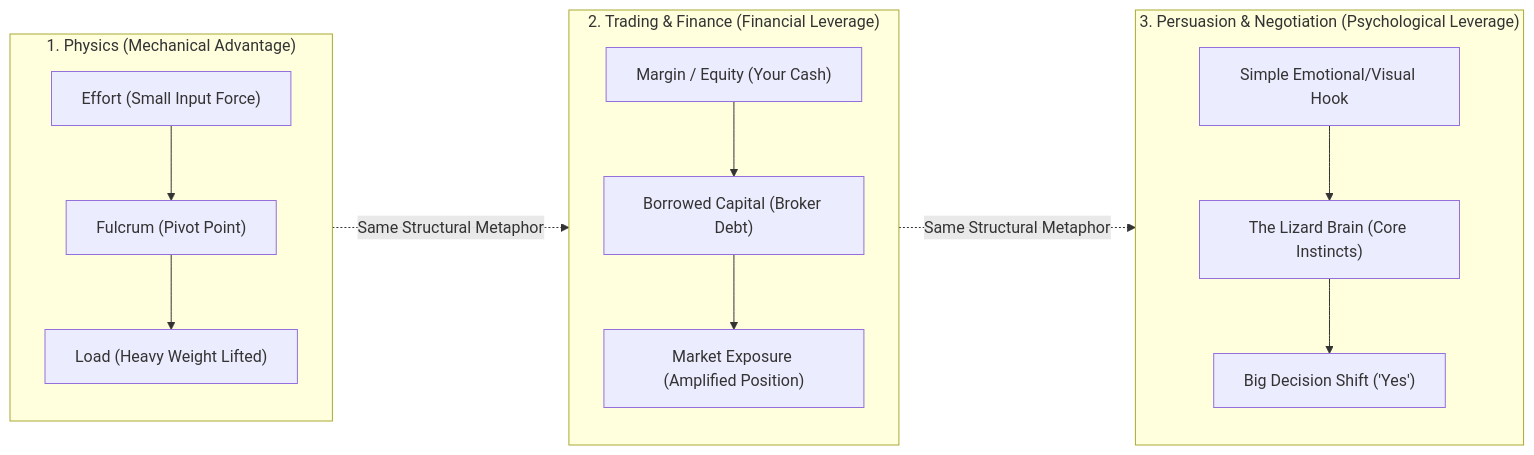
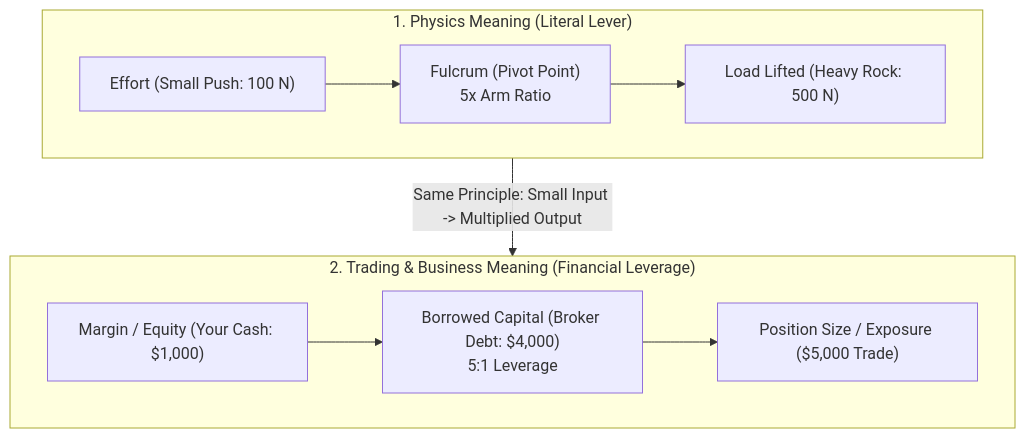
One commit to log210788/lizardbrain changed the second of 2 diagrams in README.md. Above: the diagram before and after it, drawn with Mermaid. The commit also changed other lines of this file and 1 other file, not shown here.

Commit message:
Expand notes on selling an idea to the Lizard Brain and separate leverage vocab spotlight

````diff
--- a/README.md
+++ b/README.md
@@ -30,20 +79,14 @@
 ```mermaid
-flowchart LR
-    subgraph Physics["1. Physics (Mechanical Advantage)"]
-        P_In["Effort (Small Input Force)"] --> P_Ful["Fulcrum (Pivot Point)"]
-        P_Ful --> P_Out["Load (Heavy Weight Lifted)"]
+flowchart TD
+    subgraph Physics["1. Physics Meaning (Literal Lever)"]
+        P1["Effort (Small Push: 100 N)"] --> P2["Fulcrum (Pivot Point)\n5x Arm Ratio"]
+        P2 --> P3["Load Lifted (Heavy Rock: 500 N)"]
     end
 
-    subgraph Trading["2. Trading & Finance (Financial Leverage)"]
-        T_In["Margin / Equity (Your Cash)"] --> T_Ful["Borrowed Capital (Broker Debt)"]
-        T_Ful --> T_Out["Market Exposure (Amplified Position)"]
+    subgraph Trading["2. Trading & Business Meaning (Financial Leverage)"]
+        T1["Margin / Equity (Your Cash: $1,000)"] --> T2["Borrowed Capital (Broker Debt: $4,000)\n5:1 Leverage"]
+        T2 --> T3["Position Size / Exposure ($5,000 Trade)"]
     end
 
-    subgraph Persuasion["3. Persuasion & Negotiation (Psychological Leverage)"]
-        L_In["Simple Emotional/Visual Hook"] --> L_Ful["The Lizard Brain (Core Instincts)"]
-        L_Ful --> L_Out["Big Decision Shift ('Yes')"]
-    end
-
-    Physics -. "Same Structural Metaphor" .-> Trading
-    Trading -. "Same Structural Metaphor" .-> Persuasion
+    Physics -- "Same Principle: Small Input -> Multiplied Output" --> Trading
 ```
````
